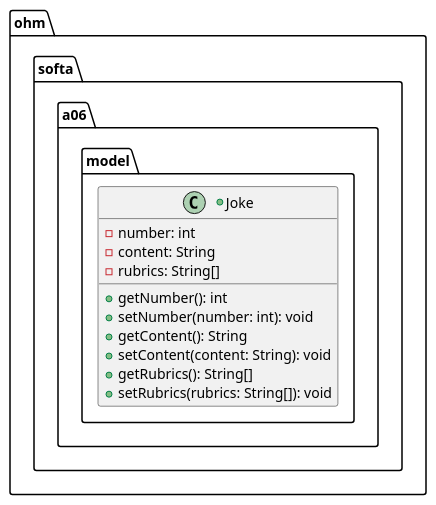
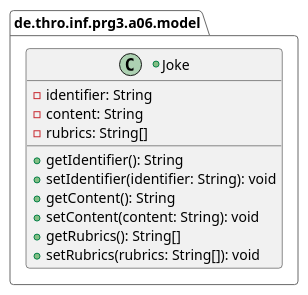
Before and after one commit to studium-nicog/softa-06-annotations-reflection: the diagram in assets/uml/model-spec.plantuml, drawn with PlantUML. The commit also changed 6 other files, not shown here.

```diff
--- a/assets/uml/model-spec.plantuml
+++ b/assets/uml/model-spec.plantuml
@@ -1,17 +1,18 @@
-@startuml ModelSpec
-package ohm.softa.a06.model {
+@startuml
+!theme vibrant
+package de.thro.inf.prg3.a06.model as P1 {
     +class Joke {
 
-        -number: int
+        -identifier: String
         -content: String
         -rubrics: String[]
 
-        +getNumber(): int
-        +setNumber(number: int): void
+        +getIdentifier(): String
+        +setIdentifier(identifier: String): void
         +getContent(): String
         +setContent(content: String): void
         +getRubrics(): String[]
         +setRubrics(rubrics: String[]): void
     }
 }
 @enduml
```
